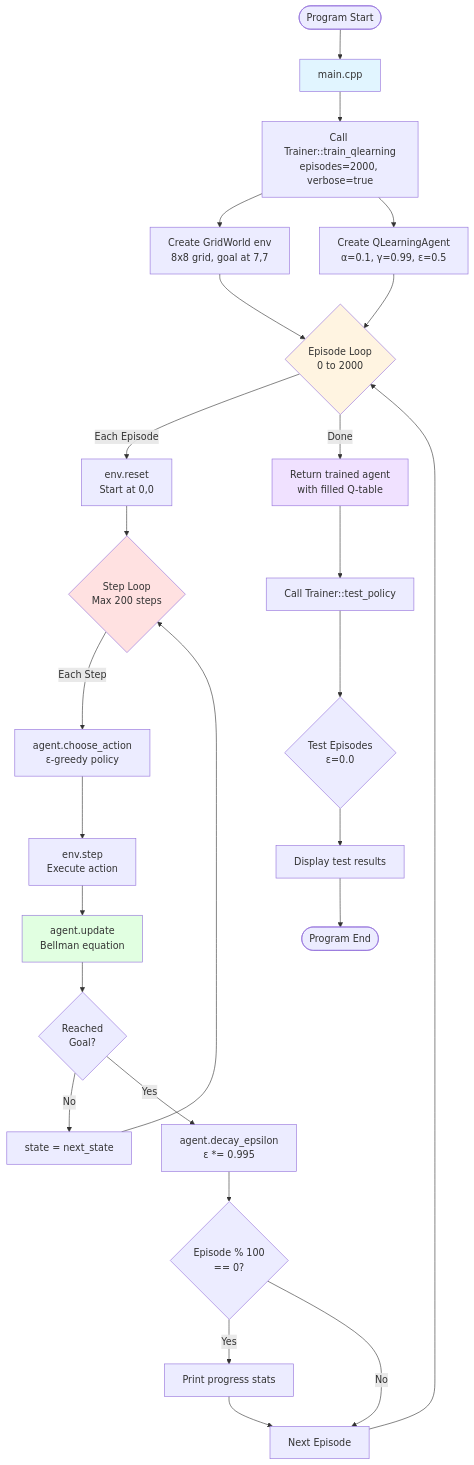
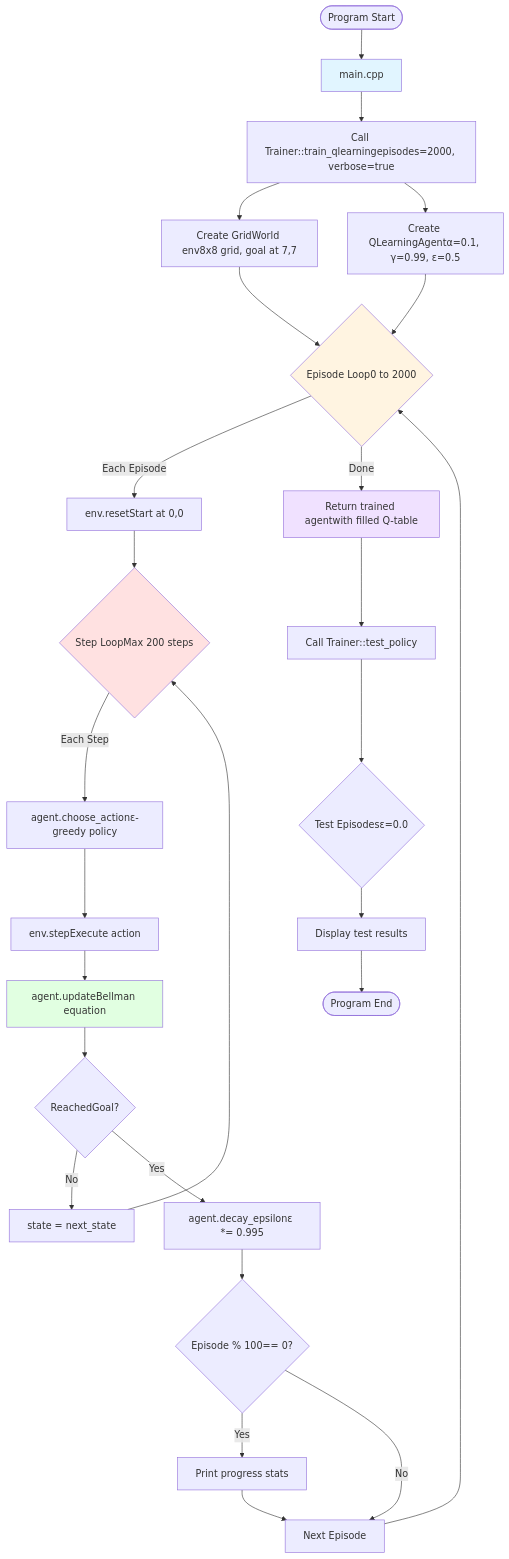
One commit to StephenJamesDunne/DQN-Learning-for-Final-Project changed the first of 2 diagrams in README.md. Above: the diagram before and after it, drawn with Mermaid. The commit also changed other lines of this file and 19 other files, not shown here.

````diff
--- a/README.md
+++ b/README.md
@@ -21,41 +103,41 @@
 ```mermaid
 flowchart TD
     Start([Program Start]) --> Main[main.cpp]
-    Main --> TrainCall[Call Trainer::train_qlearning<br/>episodes=2000, verbose=true]
+    Main --> TrainCall[Call Trainer::train_qlearningepisodes=2000, verbose=true]
     
-    TrainCall --> CreateEnv[Create GridWorld env<br/>8x8 grid, goal at 7,7]
-    TrainCall --> CreateAgent[Create QLearningAgent<br/>α=0.1, γ=0.99, ε=0.5]
+    TrainCall --> CreateEnv[Create GridWorld env8x8 grid, goal at 7,7]
+    TrainCall --> CreateAgent[Create QLearningAgentα=0.1, γ=0.99, ε=0.5]
     
-    CreateEnv --> TrainLoop{Episode Loop<br/>0 to 2000}
+    CreateEnv --> TrainLoop{Episode Loop0 to 2000}
     CreateAgent --> TrainLoop
     
-    TrainLoop -->|Each Episode| Reset[env.reset<br/>Start at 0,0]
-    Reset --> StepLoop{Step Loop<br/>Max 200 steps}
+    TrainLoop -->|Each Episode| Reset[env.resetStart at 0,0]
+    Reset --> StepLoop{Step LoopMax 200 steps}
     
-    StepLoop -->|Each Step| ChooseAction[agent.choose_action<br/>ε-greedy policy]
-    ChooseAction --> EnvStep[env.step<br/>Execute action]
-    EnvStep --> Update[agent.update<br/>Bellman equation]
-    Update --> CheckDone{Reached<br/>Goal?}
+    StepLoop -->|Each Step| ChooseAction[agent.choose_actionε-greedy policy]
+    ChooseAction --> EnvStep[env.stepExecute action]
+    EnvStep --> Update[agent.updateBellman equation]
+    Update --> CheckDone{ReachedGoal?}
     
     CheckDone -->|No| NextStep[state = next_state]
     NextStep --> StepLoop
-    CheckDone -->|Yes| DecayEps[agent.decay_epsilon<br/>ε *= 0.995]
+    CheckDone -->|Yes| DecayEps[agent.decay_epsilonε *= 0.995]
     
-    DecayEps --> Print{Episode % 100<br/>== 0?}
+    DecayEps --> Print{Episode % 100== 0?}
     Print -->|Yes| PrintProgress[Print progress stats]
     Print -->|No| NextEpisode
     PrintProgress --> NextEpisode[Next Episode]
     NextEpisode --> TrainLoop
     
-    TrainLoop -->|Done| ReturnAgent[Return trained agent<br/>with filled Q-table]
+    TrainLoop -->|Done| ReturnAgent[Return trained agentwith filled Q-table]
     ReturnAgent --> TestCall[Call Trainer::test_policy]
-    TestCall --> TestLoop{Test Episodes<br/>ε=0.0}
+    TestCall --> TestLoop{Test Episodesε=0.0}
     TestLoop --> ShowResults[Display test results]
     ShowResults --> End([Program End])
     
     style Main fill:#e1f5ff
     style TrainLoop fill:#fff4e1
     style StepLoop fill:#ffe1e1
     style Update fill:#e1ffe1
     style ReturnAgent fill:#f0e1ff
 ```
````
